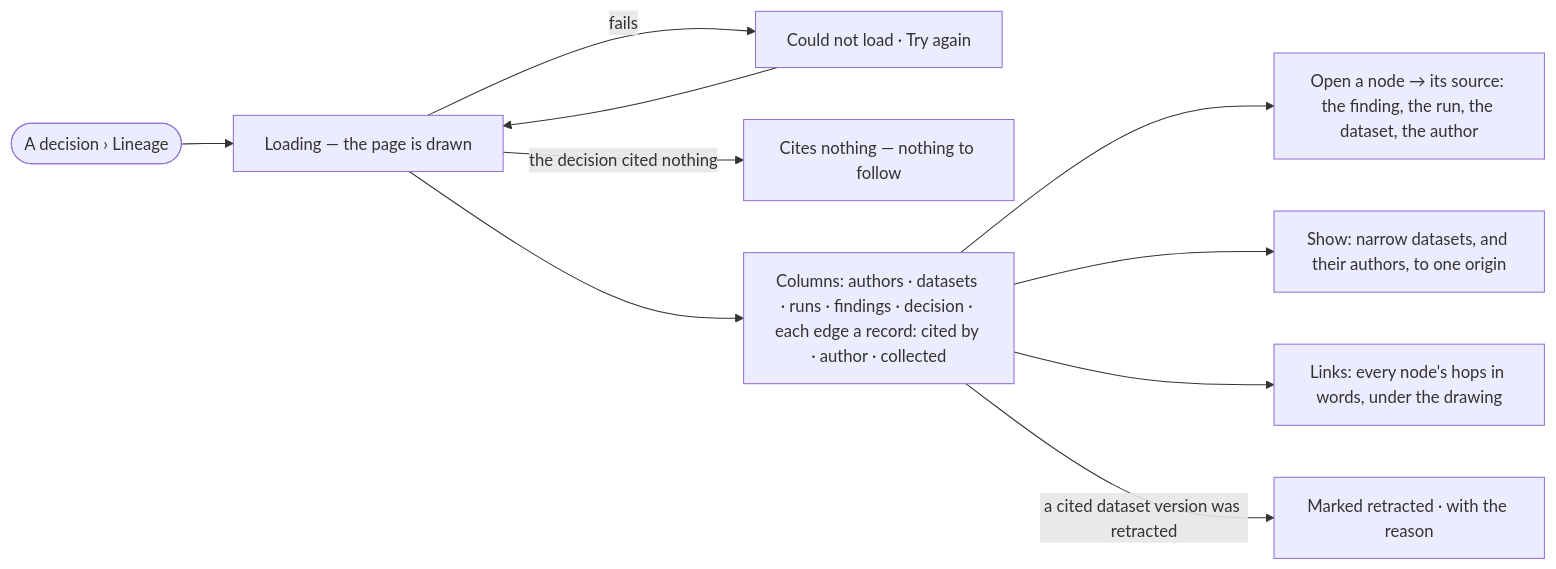
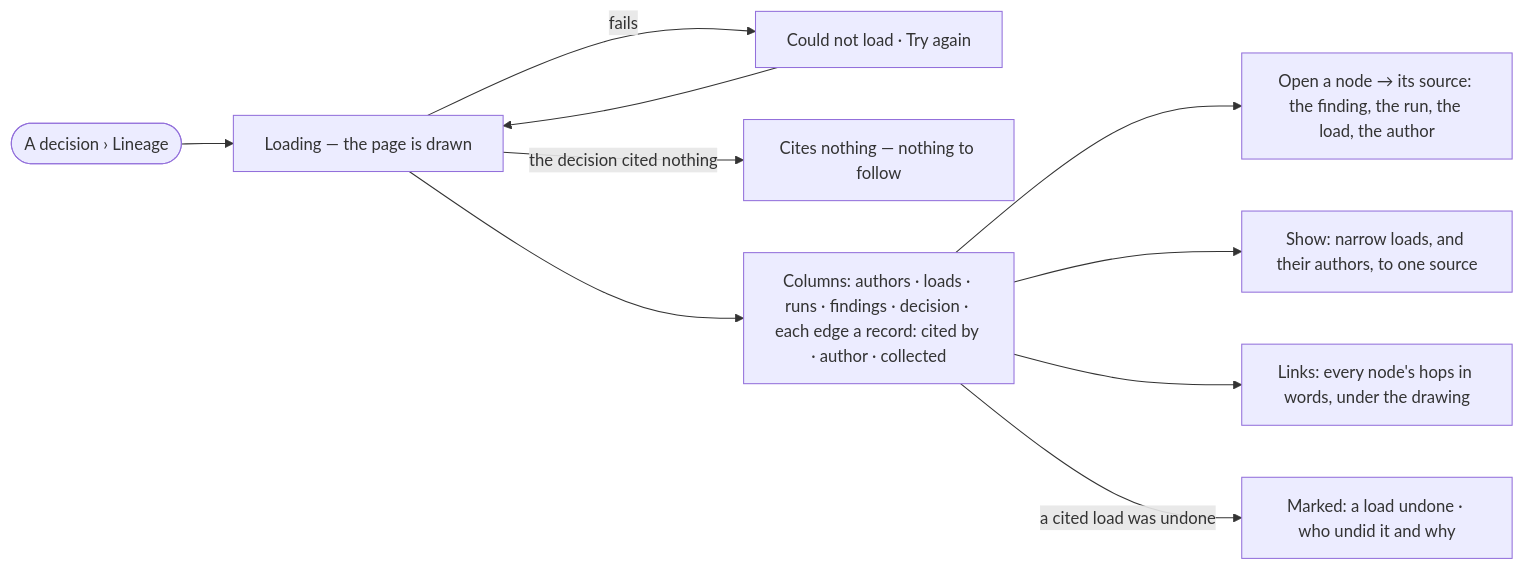
One commit to invana/invana changed the diagram in specs/capabilities/projects/features/PJ-F03-branches-findings-and-decisions/stories/PJ-11-follow-a-decision-back-to-the-original-authors/story.md. Above: the diagram before and after it, drawn with Mermaid. The commit also changed other lines of this file and 637 other files, not shown here.

````diff
--- a/specs/capabilities/projects/features/PJ-F03-branches-findings-and-decisions/stories/PJ-11-follow-a-decision-back-to-the-original-authors/story.md
+++ b/specs/capabilities/projects/features/PJ-F03-branches-findings-and-decisions/stories/PJ-11-follow-a-decision-back-to-the-original-authors/story.md
@@ -26,11 +26,11 @@
 ```mermaid
 flowchart LR
   d([A decision › Lineage]) --> load["Loading — the page is drawn"]
   load -->|fails| f["Could not load · Try again"] --> load
   load -->|the decision cited nothing| e["Cites nothing — nothing to follow"]
-  load --> g["Columns: authors · datasets · runs · findings · decision · each edge a record: cited by · author · collected"]
-  g --> n["Open a node → its source: the finding, the run, the dataset, the author"]
-  g --> sh["Show: narrow datasets, and their authors, to one origin"]
+  load --> g["Columns: authors · loads · runs · findings · decision · each edge a record: cited by · author · collected"]
+  g --> n["Open a node → its source: the finding, the run, the load, the author"]
+  g --> sh["Show: narrow loads, and their authors, to one source"]
   g --> l["Links: every node's hops in words, under the drawing"]
-  g -->|a cited dataset version was retracted| rt["Marked retracted · with the reason"]
+  g -->|a cited load was undone| rt["Marked: a load undone · who undid it and why"]
 ```
````
